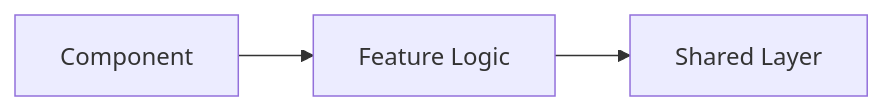
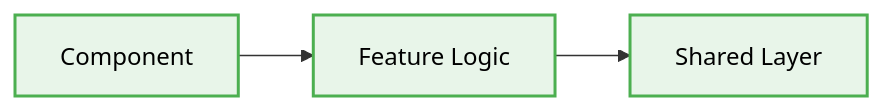
One commit to beginwebdev2002/best-practise changed the diagram in .agents/rules/github-seo.md. Above: the diagram before and after it, drawn with Mermaid. The commit also changed 20 other files, not shown here.

First line of the commit message:
docs: update mermaid diagrams with UI/UX design tokens styling

````diff
--- a/.agents/rules/github-seo.md
+++ b/.agents/rules/github-seo.md
@@ -55,5 +55,14 @@
   ```mermaid
   graph LR
     A[Component] --> B[Feature Logic]
     B --> C[Shared Layer]
+    %% Added Design Token Styles for Mermaid Diagrams
+    classDef default fill:#e1f5fe,stroke:#03a9f4,stroke-width:2px,color:#000;
+    classDef component fill:#e8f5e9,stroke:#4caf50,stroke-width:2px,color:#000;
+    classDef layout fill:#f3e5f5,stroke:#9c27b0,stroke-width:2px,color:#000;
+
+    class C component;
+    class A component;
+    class B component;
+
   ```
````
